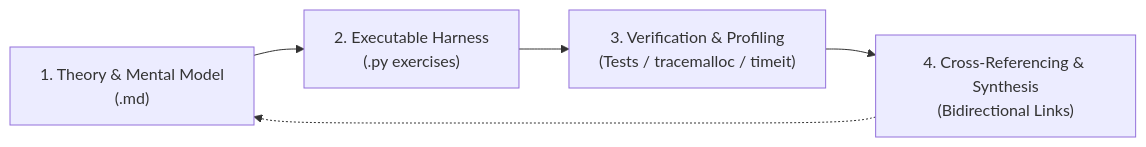
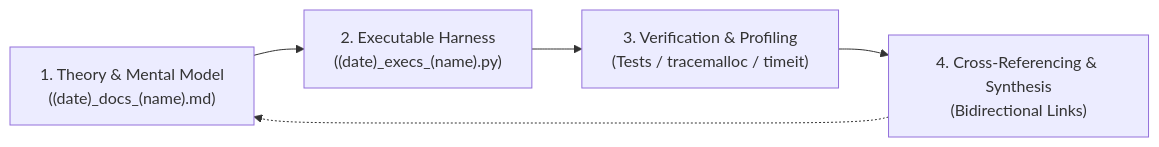
One commit to NavamGupta95/Python-Parthenon changed the diagram in README.md. Above: the diagram before and after it, drawn with Mermaid. The commit also changed other lines of this file and 3 other files, not shown here.

Commit message:
refactor: adopt flat (date)_docs and (date)_execs naming convention

````diff
--- a/README.md
+++ b/README.md
@@ -21,7 +21,7 @@
 ```mermaid
 flowchart LR
-    A["1. Theory & Mental Model\n(.md)"] --> B["2. Executable Harness\n(.py exercises)"]
+    A["1. Theory & Mental Model\n((date)_docs_(name).md)"] --> B["2. Executable Harness\n((date)_execs_(name).py)"]
     B --> C["3. Verification & Profiling\n(Tests / tracemalloc / timeit)"]
     C --> D["4. Cross-Referencing & Synthesis\n(Bidirectional Links)"]
     D -.-> A
 ```
````
